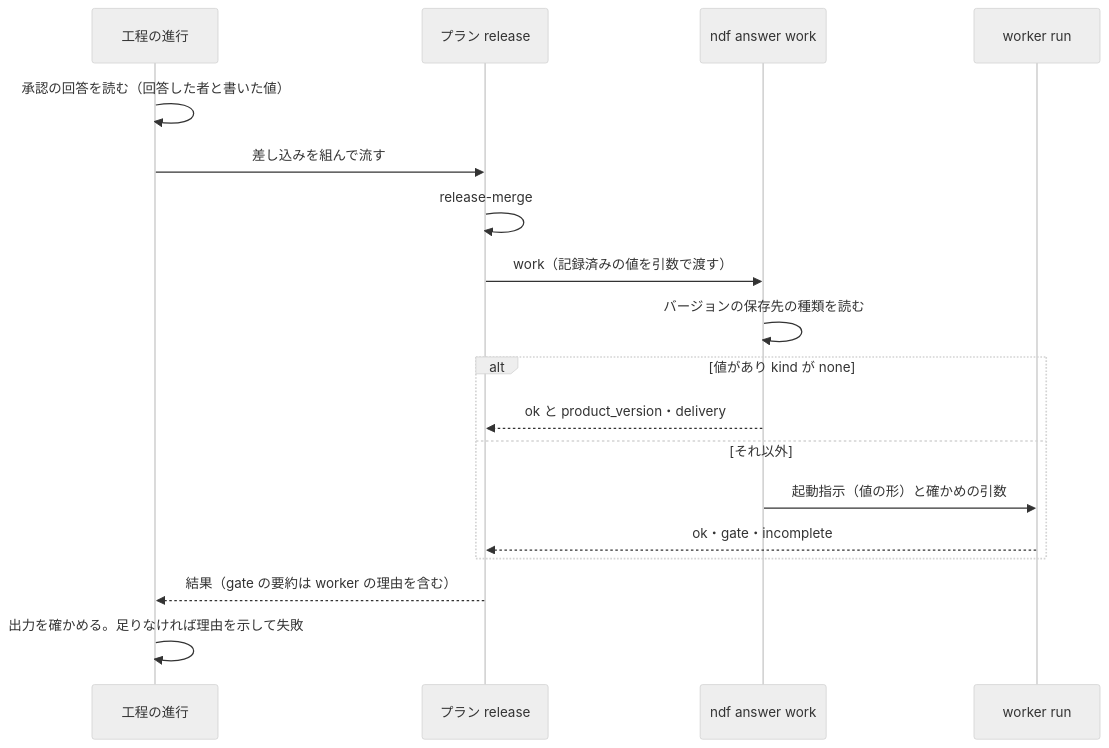
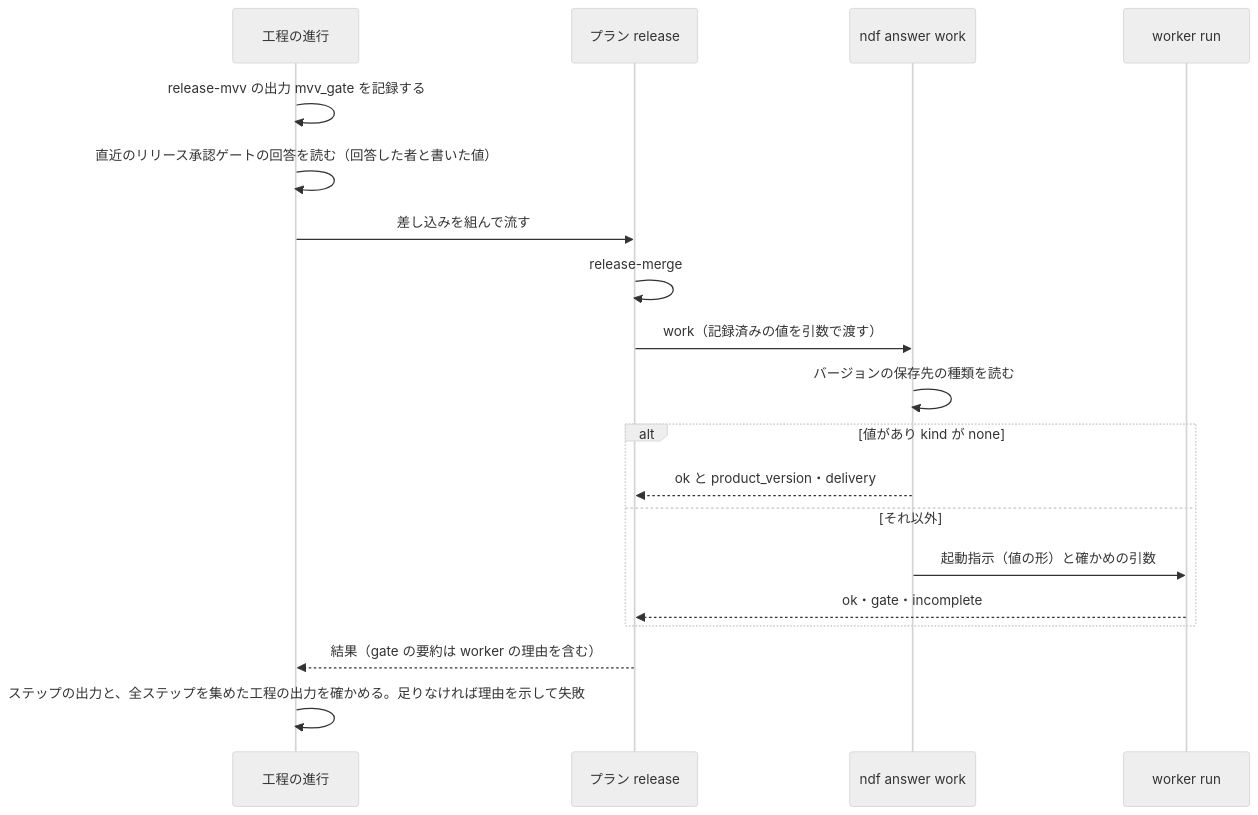
Before and after one commit to devbasex/ai-plugins: the third of 3 diagrams in issues/issue-4513-design.md, drawn with Mermaid (neutral theme). The commit also changed other lines of this file and 1 other file, not shown here.

````diff
--- a/issues/issue-4513-design.md
+++ b/issues/issue-4513-design.md
@@ -91,20 +122,21 @@
 ```mermaid
 sequenceDiagram
   participant P as 工程の進行
   participant T as プラン release
   participant E as ndf answer work
   participant W as worker run
-  P->>P: 承認の回答を読む（回答した者と書いた値）
+  P->>P: release-mvv の出力 mvv_gate を記録する
+  P->>P: 直近のリリース承認ゲートの回答を読む（回答した者と書いた値）
   P->>T: 差し込みを組んで流す
   T->>T: release-merge
   T->>E: work（記録済みの値を引数で渡す）
   E->>E: バージョンの保存先の種類を読む
   alt 値があり kind が none
     E-->>T: ok と product_version・delivery
   else それ以外
     E->>W: 起動指示（値の形）と確かめの引数
     W-->>T: ok・gate・incomplete
   end
   T-->>P: 結果（gate の要約は worker の理由を含む）
-  P->>P: 出力を確かめる。足りなければ理由を示して失敗
+  P->>P: ステップの出力と、全ステップを集めた工程の出力を確かめる。足りなければ理由を示して失敗
 ```
````
